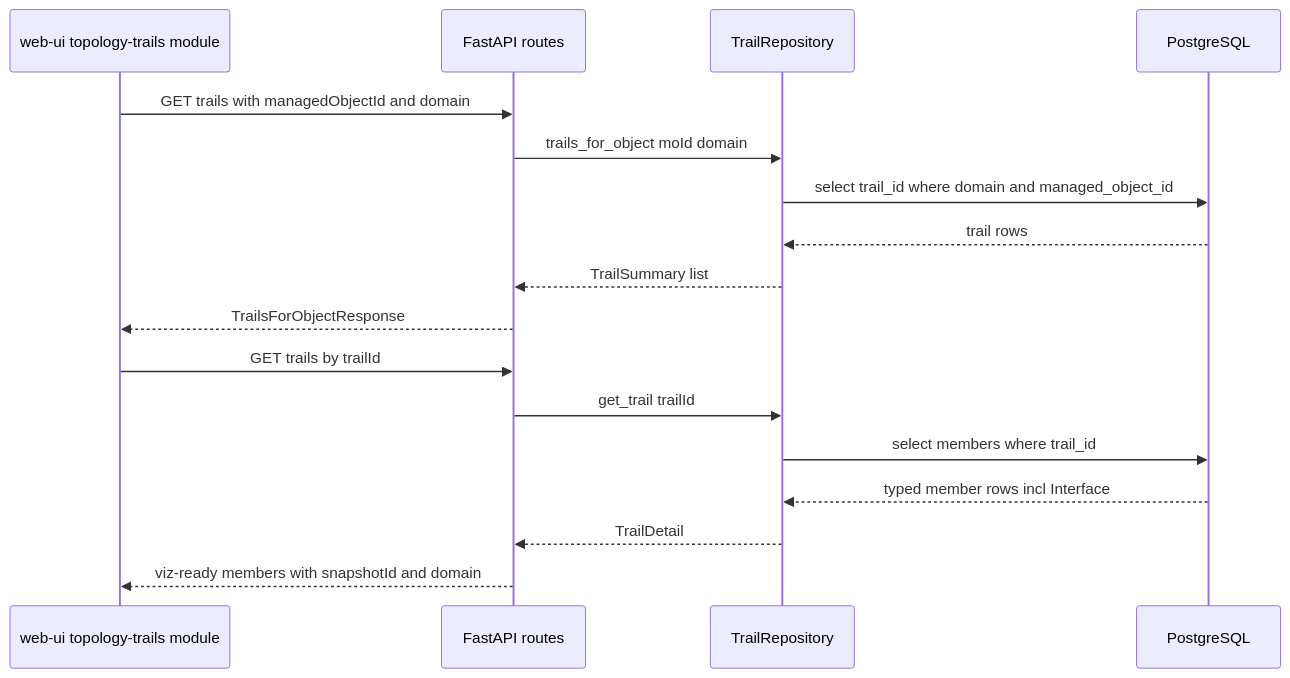
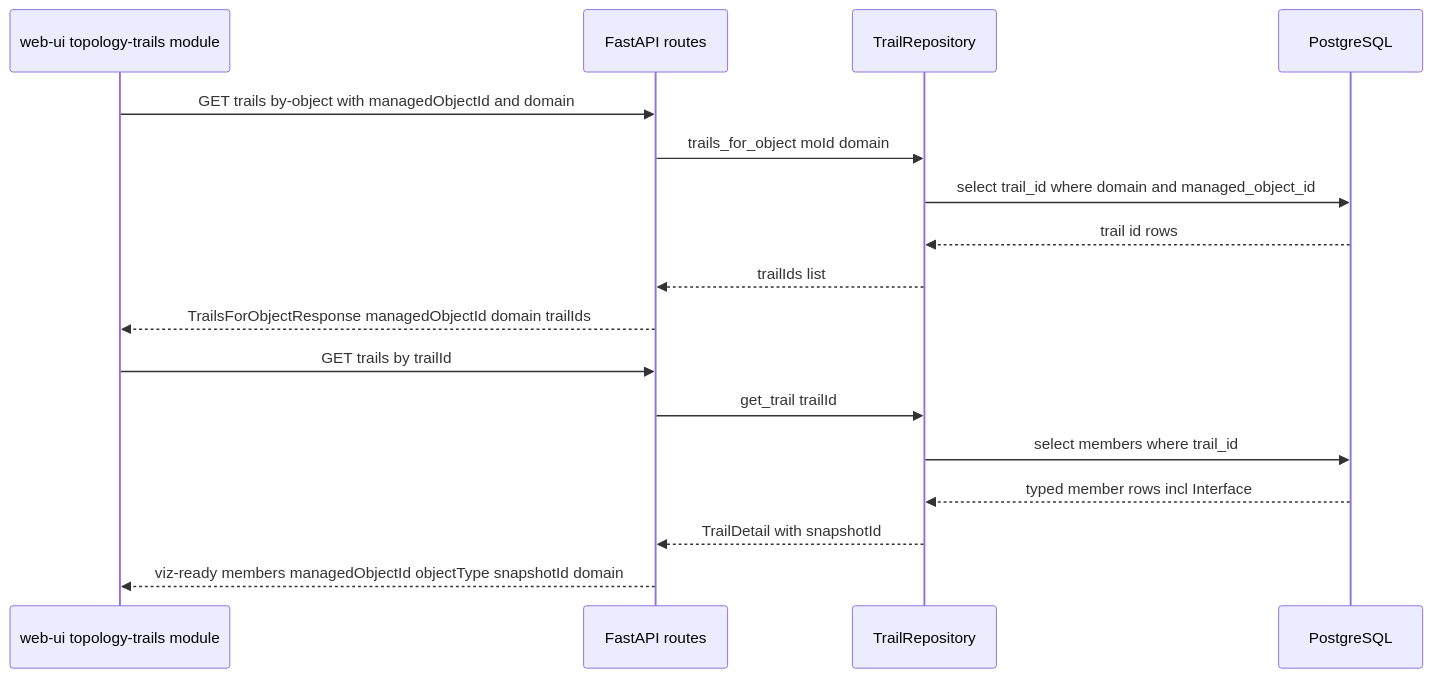
One commit to nikhilmohan/correlation-platform changed the fourth of 6 diagrams in services/trail-builder/design.md. Above: the diagram before and after it, drawn with Mermaid. The commit also changed other lines of this file and 1 other file, not shown here.

First line of the commit message:
design(trail-builder): freeze trail-membership query API shapes + paths

````diff
--- a/services/trail-builder/design.md
+++ b/services/trail-builder/design.md
@@ -262,19 +305,19 @@
 ```mermaid
 sequenceDiagram
   participant UI as web-ui topology-trails module
   participant API as FastAPI routes
   participant R as TrailRepository
   participant DB as PostgreSQL
-  UI->>API: GET trails with managedObjectId and domain
+  UI->>API: GET trails by-object with managedObjectId and domain
   API->>R: trails_for_object moId domain
   R->>DB: select trail_id where domain and managed_object_id
-  DB-->>R: trail rows
-  R-->>API: TrailSummary list
-  API-->>UI: TrailsForObjectResponse
+  DB-->>R: trail id rows
+  R-->>API: trailIds list
+  API-->>UI: TrailsForObjectResponse managedObjectId domain trailIds
   UI->>API: GET trails by trailId
   API->>R: get_trail trailId
   R->>DB: select members where trail_id
   DB-->>R: typed member rows incl Interface
-  R-->>API: TrailDetail
-  API-->>UI: viz-ready members with snapshotId and domain
+  R-->>API: TrailDetail with snapshotId
+  API-->>UI: viz-ready members managedObjectId objectType snapshotId domain
 ```
````
